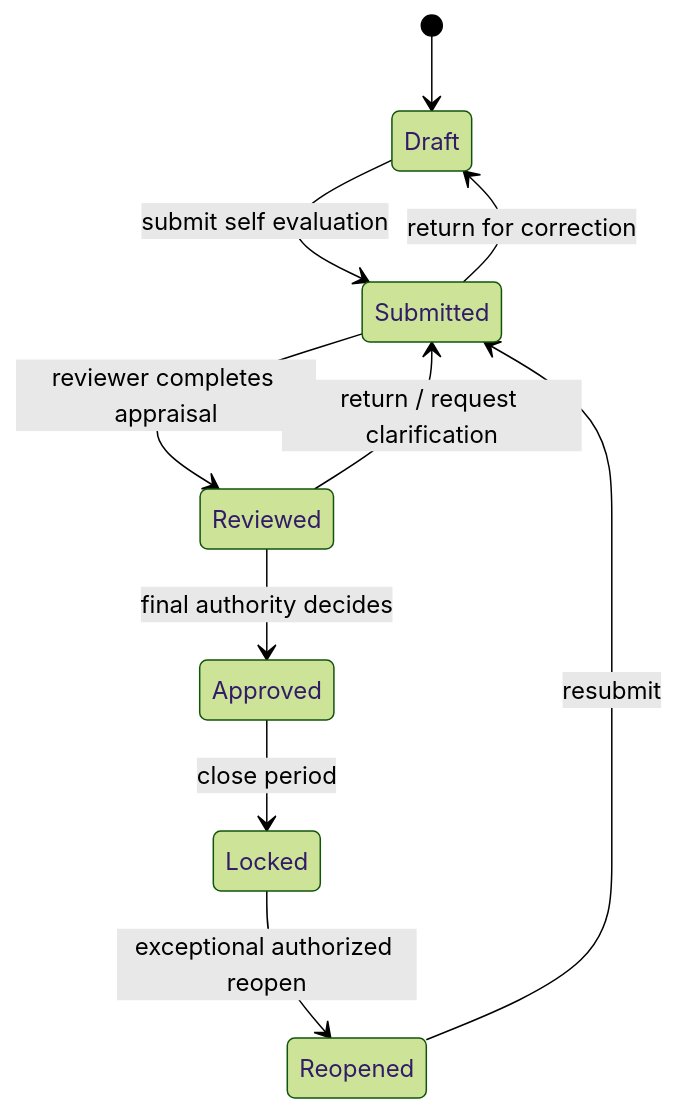
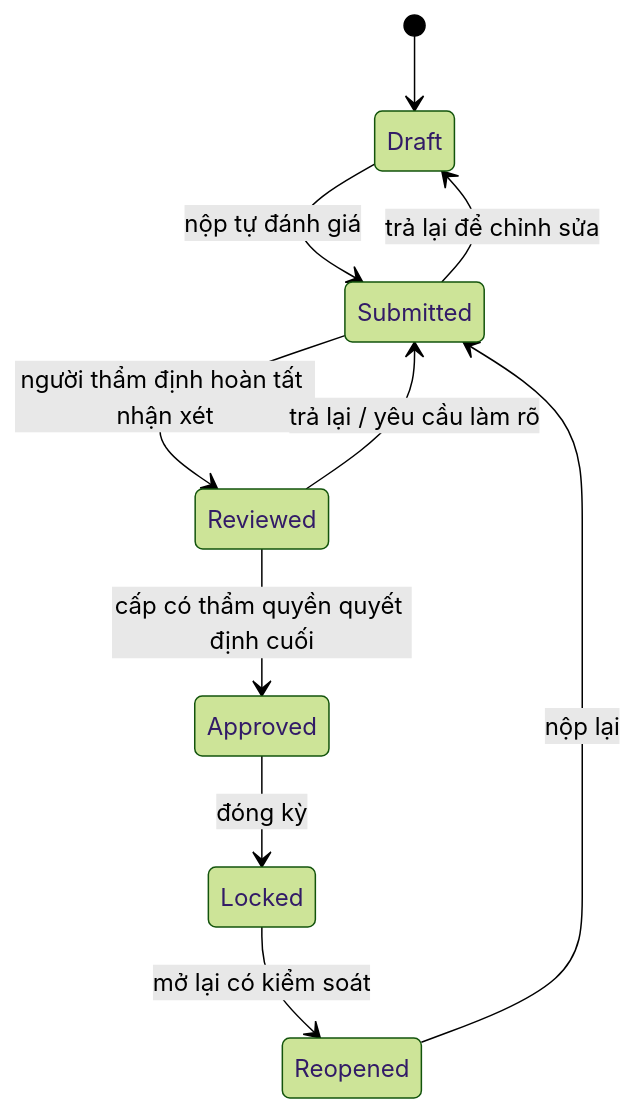
Before and after one commit to chotr/BTCTU: the second of 2 diagrams in docs/03-business/workflow.md, drawn with Mermaid (forest theme). The commit also changed other lines of this file and 48 other files, not shown here.

````diff
--- a/docs/03-business/workflow.md
+++ b/docs/03-business/workflow.md
@@ -21,12 +21,12 @@
 ```mermaid
 stateDiagram-v2
   [*] --> Draft
-  Draft --> Submitted: submit self evaluation
-  Submitted --> Reviewed: reviewer completes appraisal
-  Submitted --> Draft: return for correction
-  Reviewed --> Approved: final authority decides
-  Reviewed --> Submitted: return / request clarification
-  Approved --> Locked: close period
-  Locked --> Reopened: exceptional authorized reopen
-  Reopened --> Submitted: resubmit
+  Draft --> Submitted: nộp tự đánh giá
+  Submitted --> Reviewed: người thẩm định hoàn tất nhận xét
+  Submitted --> Draft: trả lại để chỉnh sửa
+  Reviewed --> Approved: cấp có thẩm quyền quyết định cuối
+  Reviewed --> Submitted: trả lại / yêu cầu làm rõ
+  Approved --> Locked: đóng kỳ
+  Locked --> Reopened: mở lại có kiểm soát
+  Reopened --> Submitted: nộp lại
 ```
````
